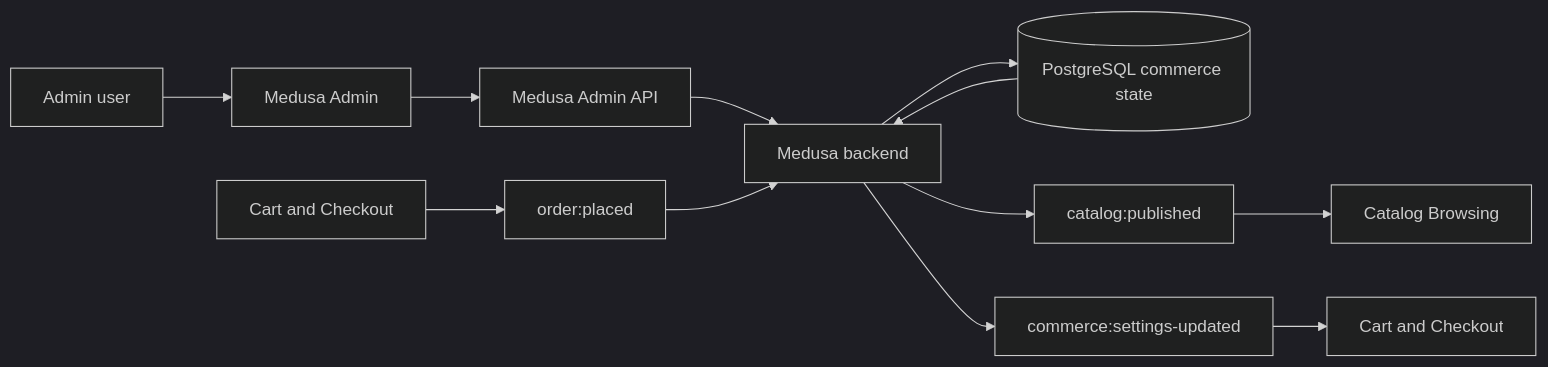
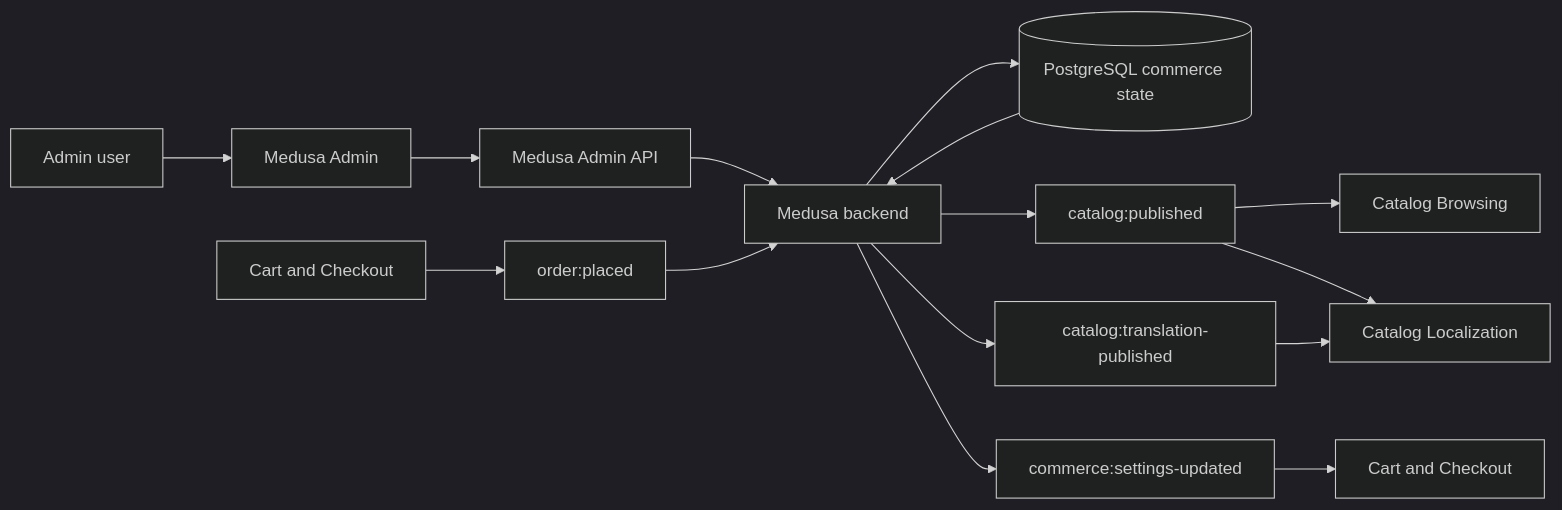
Before and after one commit to AtoshaKartosha/sunluk: the third of 3 diagrams in flows/features/admin-operations.md, drawn with Mermaid (dark theme). The commit also changed other lines of this file and 27 other files, not shown here.

Commit message:
feat(catalog): add localized product content flow

````diff
--- a/flows/features/admin-operations.md
+++ b/flows/features/admin-operations.md
@@ -84,14 +100,17 @@
 ```mermaid
 flowchart LR
   Manager[Admin user] --> AdminUI[Medusa Admin]
   AdminUI --> AdminAPI[Medusa Admin API]
   AdminAPI --> Backend[Medusa backend]
   Backend --> DB[(PostgreSQL commerce state)]
   DB --> Backend
   Backend --> CatalogEvent[catalog:published]
+  Backend --> TranslationEvent[catalog:translation-published]
   Backend --> SettingsEvent[commerce:settings-updated]
   Checkout[Cart and Checkout] --> OrderEvent[order:placed]
   OrderEvent --> Backend
   CatalogEvent --> Catalog[Catalog Browsing]
+  CatalogEvent --> Localization[Catalog Localization]
+  TranslationEvent --> Localization
   SettingsEvent --> Cart[Cart and Checkout]
 ```
````
